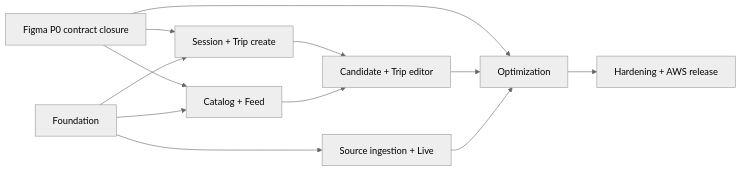
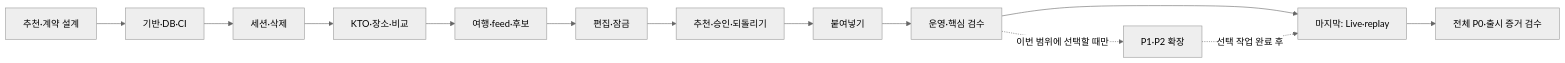
Before and after one commit to yutakdv/Nullnull: the diagram in docs/engineering/IMPLEMENTATION_PLAN.md, drawn with Mermaid (neutral theme). The commit also changed other lines of this file and 73 other files, not shown here.

````diff
--- a/docs/engineering/IMPLEMENTATION_PLAN.md
+++ b/docs/engineering/IMPLEMENTATION_PLAN.md
@@ -10,14 +28,15 @@
 ```mermaid
 flowchart LR
-    F0[Figma P0 contract closure] --> M1[Session + Trip create]
-    F0 --> M2[Catalog + Feed]
-    F0 --> M5[Optimization]
-    M0[Foundation] --> M1
-    M0 --> M2[Catalog + Feed]
-    M1 --> M3[Candidate + Trip editor]
-    M2 --> M3
-    M0 --> M4[Source ingestion + Live]
-    M3 --> M5[Optimization]
-    M4 --> M5
-    M5 --> M6[Hardening + AWS release]
+    B00[추천·계약 설계] --> B01[기반·DB·CI]
+    B01 --> B02[세션·삭제]
+    B02 --> B03[KTO·장소·비교]
+    B03 --> B04[여행·feed·후보]
+    B04 --> B05[편집·잠금]
+    B05 --> B06[추천·승인·되돌리기]
+    B06 --> B07[붙여넣기]
+    B07 --> B08[운영·핵심 검수]
+    B08 --> B10[마지막: Live·replay]
+    B08 -. 이번 범위에 선택할 때만 .-> B09[P1·P2 확장]
+    B09 -. 선택 작업 완료 후 .-> B10
+    B10 --> G[전체 P0·출시 증거 검수]
 ```
````
